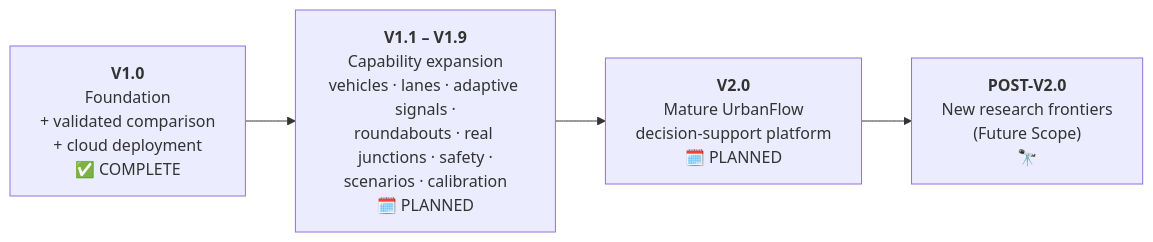
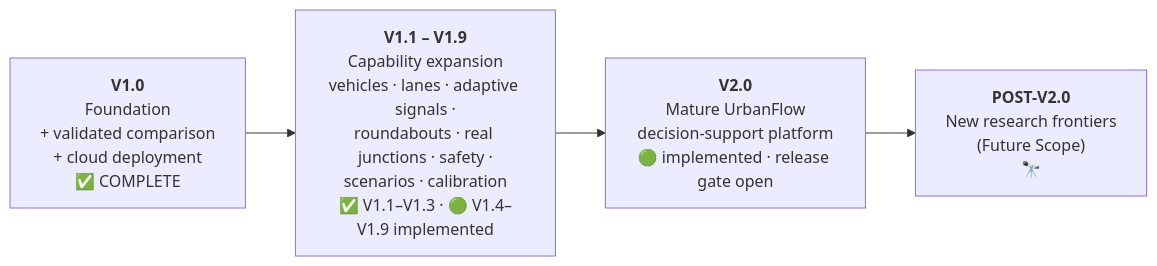
Before and after one commit to Viraj281105/Traffic-Simulation: the first of 3 diagrams in docs/ROADMAP.md, drawn with Mermaid. The commit also changed other lines of this file and 8 other files, not shown here.

First line of the commit message:
docs: V2.0 release-gate evidence, corrected roadmap status and operator notes

````diff
--- a/docs/ROADMAP.md
+++ b/docs/ROADMAP.md
@@ -19,8 +19,8 @@
 ```mermaid
 flowchart LR
     A["<b>V1.0</b><br/>Foundation<br/>+ validated comparison<br/>+ cloud deployment<br/>✅ COMPLETE"]
-    B["<b>V1.1 – V1.9</b><br/>Capability expansion<br/>vehicles · lanes · adaptive signals ·<br/>roundabouts · real junctions · safety ·<br/>scenarios · calibration<br/>🗓️ PLANNED"]
-    C["<b>V2.0</b><br/>Mature UrbanFlow<br/>decision-support platform<br/>🗓️ PLANNED"]
+    B["<b>V1.1 – V1.9</b><br/>Capability expansion<br/>vehicles · lanes · adaptive signals ·<br/>roundabouts · real junctions · safety ·<br/>scenarios · calibration<br/>✅ V1.1–V1.3 · 🟢 V1.4–V1.9 implemented"]
+    C["<b>V2.0</b><br/>Mature UrbanFlow<br/>decision-support platform<br/>🟢 implemented · release gate open"]
     D["<b>POST-V2.0</b><br/>New research frontiers<br/>(Future Scope)<br/>🔭"]
     A --> B --> C --> D
 ```
````
